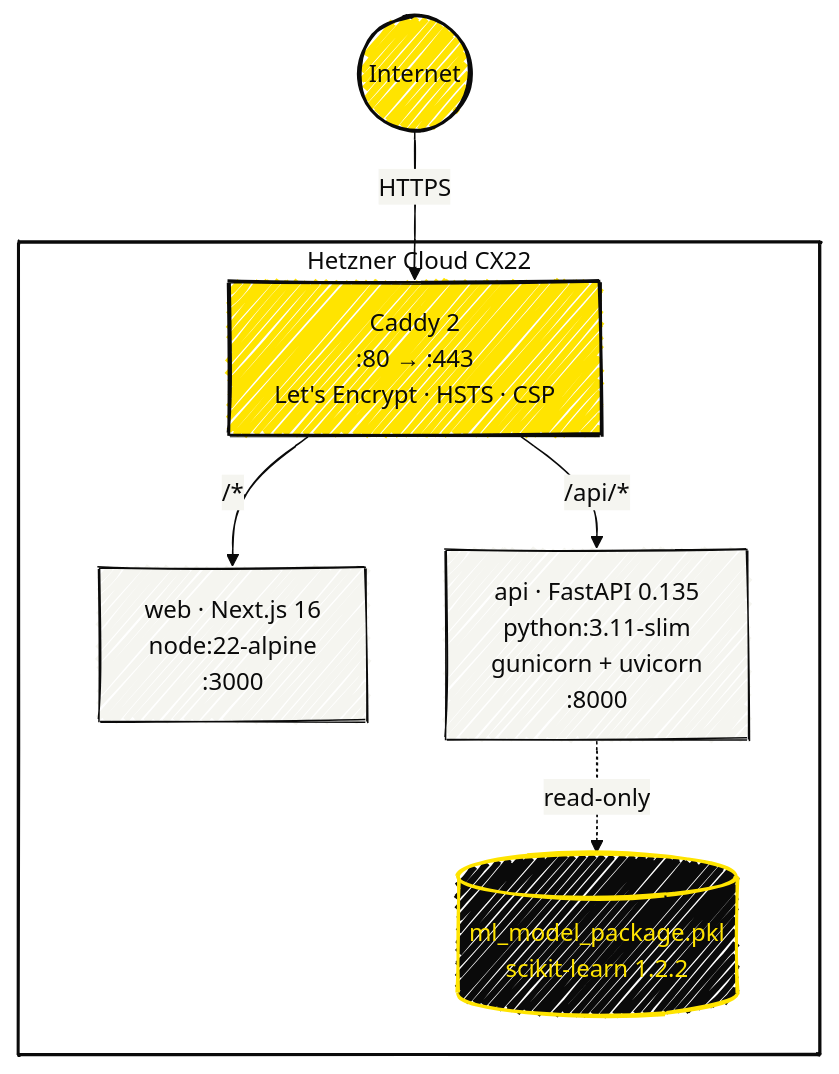
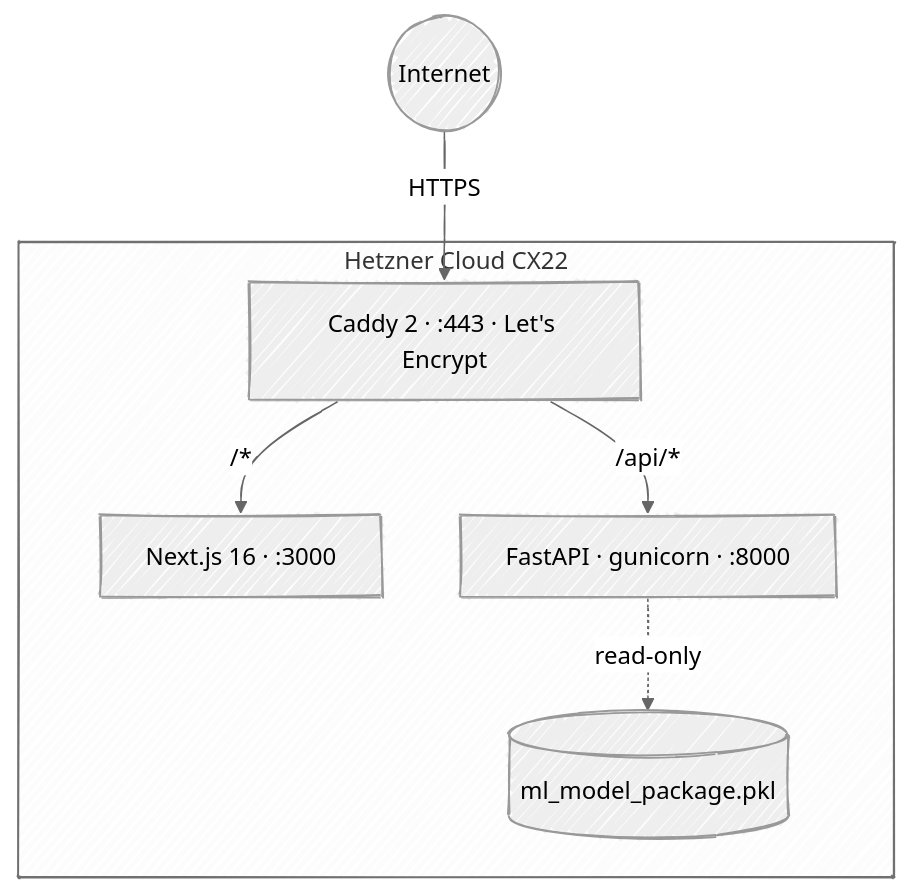
One commit to lukasgro63/hollerithengeryml changed the first of 3 diagrams in docs/ARCHITECTURE.md. Above: the diagram before and after it, drawn with Mermaid. The commit also changed other lines of this file and 2 other files, not shown here.

First line of the commit message:
Simplify Mermaid diagrams to neutral handDrawn theme

````diff
--- a/docs/ARCHITECTURE.md
+++ b/docs/ARCHITECTURE.md
@@ -26,23 +26,16 @@
 ```mermaid
-%%{init: {'look': 'handDrawn', 'theme': 'base', 'themeVariables': {'primaryColor': '#FFE400', 'primaryTextColor': '#0a0a0a', 'primaryBorderColor': '#0a0a0a', 'lineColor': '#0a0a0a', 'secondaryColor': '#f5f5f0', 'tertiaryColor': '#0a0a0a', 'noteBkgColor': '#FFE400', 'noteTextColor': '#0a0a0a'}}}%%
+%%{init: {'look': 'handDrawn', 'theme': 'neutral'}}%%
 graph TB
     internet((Internet))
-    subgraph hetzner["Hetzner Cloud CX22"]
-        caddy["Caddy 2<br/>:80 → :443<br/>Let's Encrypt · HSTS · CSP"]
-        web["web · Next.js 16<br/>node:22-alpine<br/>:3000"]
-        api["api · FastAPI 0.135<br/>python:3.11-slim<br/>gunicorn + uvicorn<br/>:8000"]
-        model[("ml_model_package.pkl<br/>scikit-learn 1.2.2")]
+    subgraph Hetzner Cloud CX22
+        caddy[Caddy 2 · :443 · Let's Encrypt]
+        web[Next.js 16 · :3000]
+        api[FastAPI · gunicorn · :8000]
+        model[(ml_model_package.pkl)]
     end
 
-    internet -->|HTTPS| caddy
-    caddy -->|"/*"| web
-    caddy -->|"/api/*"| api
-    api -.->|read-only| model
-
-    style caddy fill:#FFE400,stroke:#0a0a0a,stroke-width:2px,color:#0a0a0a
-    style web fill:#f5f5f0,stroke:#0a0a0a,stroke-width:1px,color:#0a0a0a
-    style api fill:#f5f5f0,stroke:#0a0a0a,stroke-width:1px,color:#0a0a0a
-    style model fill:#0a0a0a,stroke:#FFE400,stroke-width:2px,color:#FFE400
-    style hetzner fill:#ffffff,stroke:#0a0a0a,stroke-width:2px,color:#0a0a0a
-    style internet fill:#FFE400,stroke:#0a0a0a,stroke-width:2px,color:#0a0a0a
+    internet -- HTTPS --> caddy
+    caddy -- /* --> web
+    caddy -- /api/* --> api
+    api -. read-only .-> model
 ```
````
